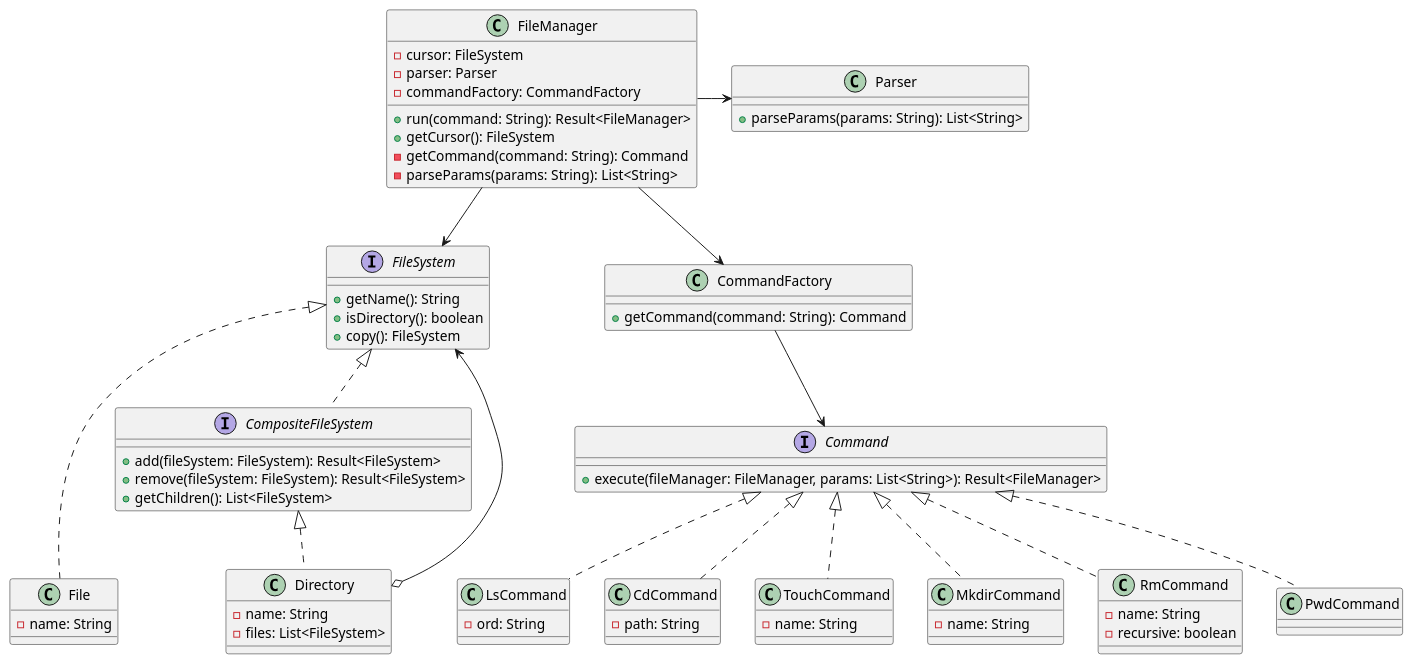
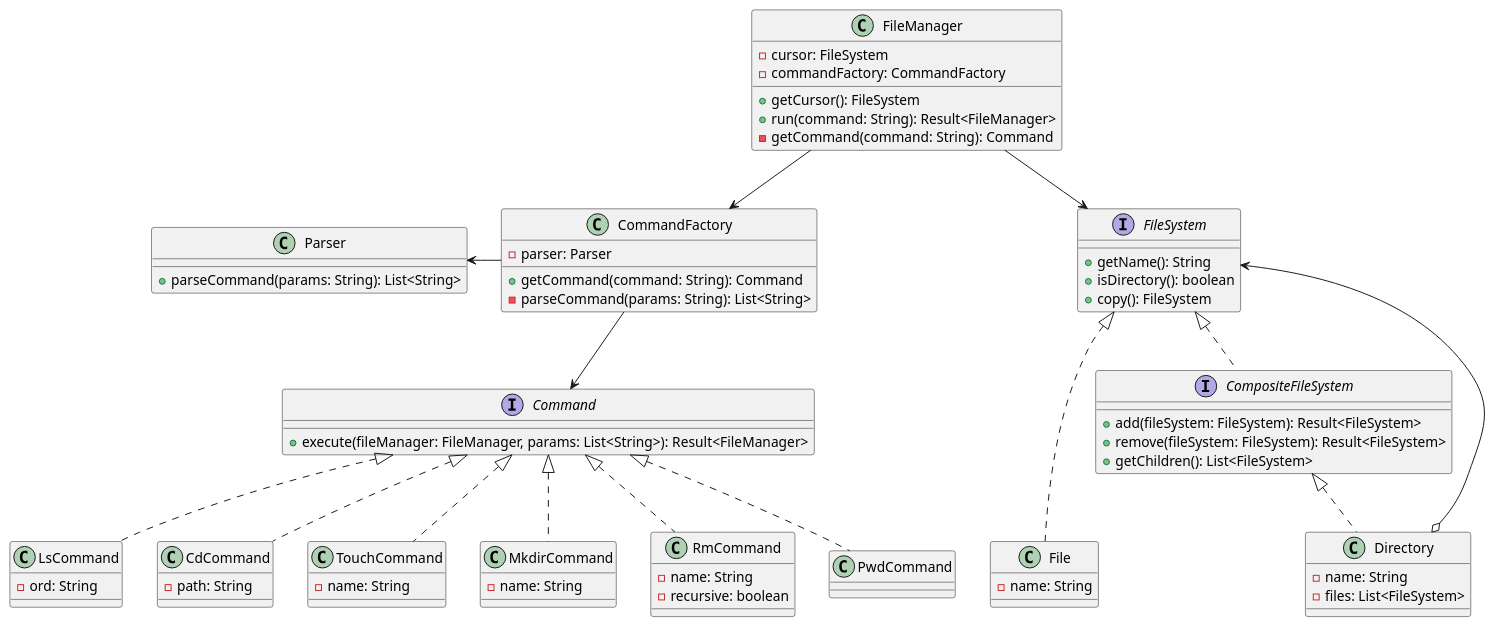
One commit to austral-ingsis-classroom/clifford-NachoCor2007 changed the diagram in diagramas/cliffordV1.puml. Above: the diagram before and after it, drawn with PlantUML.

Commit message:
Updated class diagram.

```diff
--- a/diagramas/cliffordV1.puml
+++ b/diagramas/cliffordV1.puml
@@ -1,91 +1,91 @@
 @startuml
 
 class FileManager {
   - cursor: FileSystem
-  - parser: Parser
   - commandFactory: CommandFactory
+  + getCursor(): FileSystem
   + run(command: String): Result<FileManager>
-  + getCursor(): FileSystem
   - getCommand(command: String): Command
-  - parseParams(params: String): List<String>
 }
-
-class Parser {
-  + parseParams(params: String): List<String>
-}
-
-FileManager -> Parser
 
 interface FileSystem {
   + getName(): String
   + isDirectory(): boolean
   + copy(): FileSystem
 }
 
 FileManager --> FileSystem
 
 class File {
   - name: String
 }
 
 FileSystem <|... File
 
 interface CompositeFileSystem {
   + add(fileSystem: FileSystem): Result<FileSystem>
   + remove(fileSystem: FileSystem): Result<FileSystem>
   + getChildren(): List<FileSystem>
 }
 
 FileSystem <|.. CompositeFileSystem
 
 class Directory {
   - name: String
   - files: List<FileSystem>
 }
 
 CompositeFileSystem <|.. Directory
 FileSystem <--o Directory
 
 class CommandFactory {
+  - parser: Parser
   + getCommand(command: String): Command
+  - parseCommand(params: String): List<String>
 }
 
 FileManager --> CommandFactory
+
+class Parser {
+  + parseCommand(params: String): List<String>
+}
+
+Parser <- CommandFactory
 
 interface Command {
   + execute(fileManager: FileManager, params: List<String>): Result<FileManager>
 }
 
 CommandFactory --> Command
 
 class LsCommand {
   - ord: String
 }
 
 class CdCommand {
   - path: String
 }
 
 class TouchCommand {
   - name: String
 }
 
 class MkdirCommand {
   - name: String
 }
 
 class RmCommand {
   - name: String
   - recursive: boolean
 }
 
 class PwdCommand {}
 
 Command <|.. LsCommand
 Command <|.. CdCommand
 Command <|.. TouchCommand
 Command <|.. MkdirCommand
 Command <|.. RmCommand
 Command <|.. PwdCommand
 
 @enduml
```
